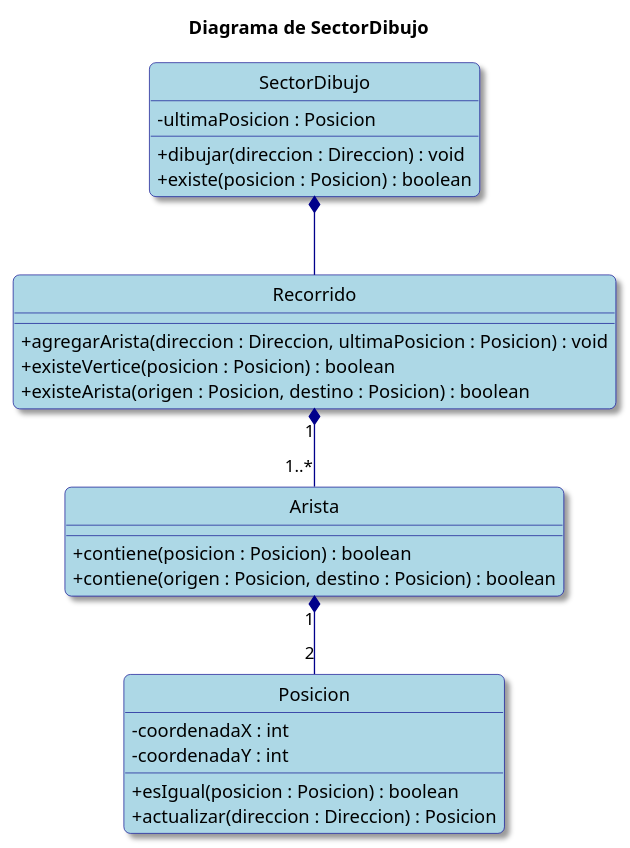
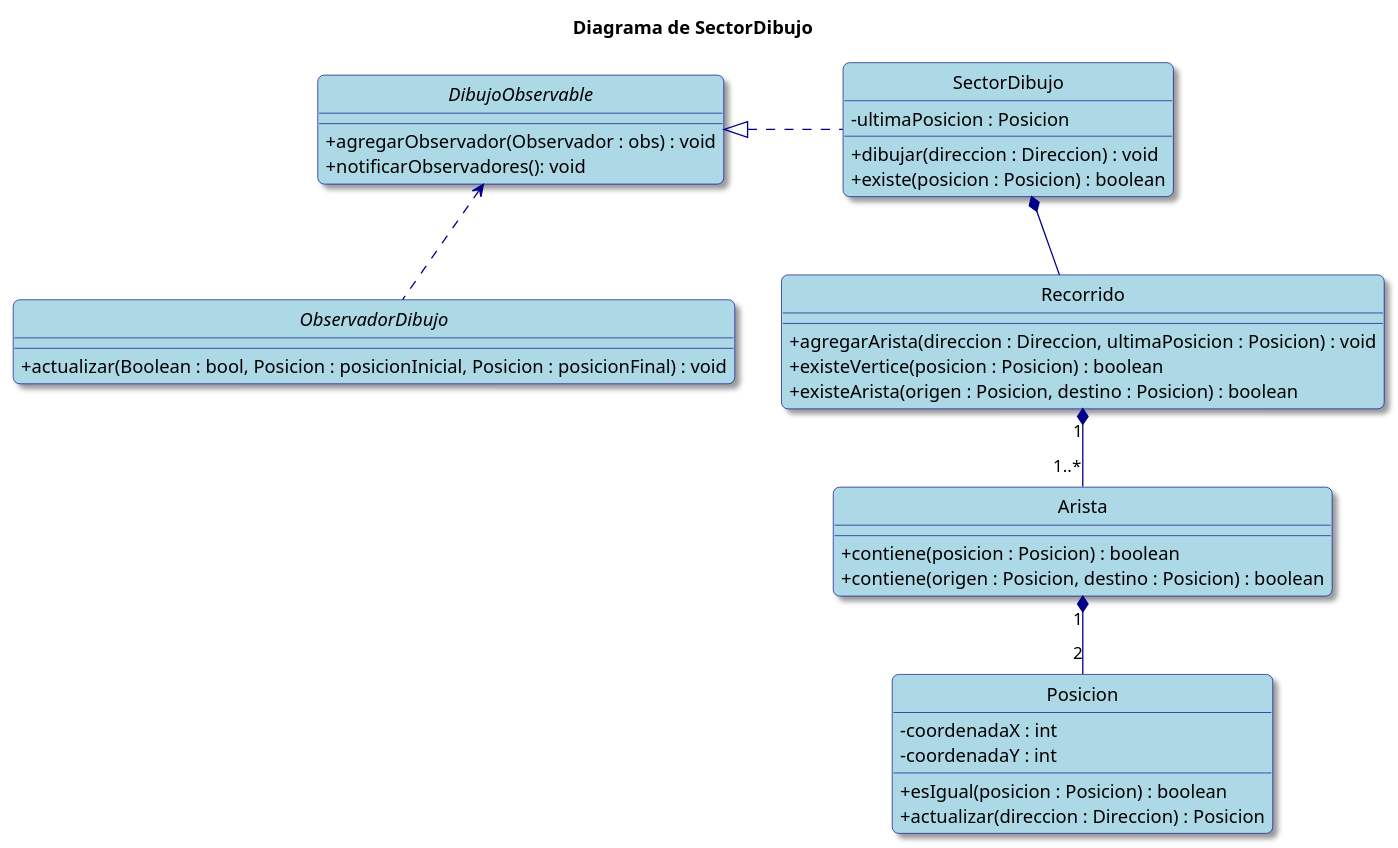
One commit to valva-ro/Algo3-TP2-AlgoBlocks changed the second of 4 diagrams in diagramas-clases.puml. Above: the diagram before and after it, drawn with PlantUML. The commit also changed other lines of this file and 3 other files, not shown here.

Commit message:
actualize el diagrama de clases, desabilite un metodo en FabricaDeBloques que no se usaba, hice un fix sobre los BotonBloqueEspecial

```diff
--- a/diagramas-clases.puml
+++ b/diagramas-clases.puml
@@ -74,48 +72,60 @@
 @startuml
 hide circle
 skinparam classAttributeIconSize 0
 skinparam backgroundColor White
 skinparam RoundCorner 10
 skinparam Shadowing true
 
 skinparam class {
     ArrowColor DarkBlue
     BackgroundColor LightBlue
     BorderColor DarkBlue
 }
 
 skinparam note {
     BackgroundColor LightYellow
     BorderColor DarkBlue
 }
 
 title Diagrama de SectorDibujo
+
+interface DibujoObservable{
+    +agregarObservador(Observador : obs) : void
+    +notificarObservadores(): void
+}
+
+interface ObservadorDibujo{
+    +actualizar(Boolean : bool, Posicion : posicionInicial, Posicion : posicionFinal) : void
+}
 
 class SectorDibujo {
     - ultimaPosicion : Posicion
     + dibujar(direccion : Direccion) : void
     + existe(posicion : Posicion) : boolean
 }
 
 class Recorrido {
     + agregarArista(direccion : Direccion, ultimaPosicion : Posicion) : void
     + existeVertice(posicion : Posicion) : boolean
     + existeArista(origen : Posicion, destino : Posicion) : boolean
 }
 
 class Arista {
     + contiene(posicion : Posicion) : boolean
     + contiene(origen : Posicion, destino : Posicion) : boolean
 }
 
 class Posicion {
     - coordenadaX : int
     - coordenadaY : int
     + esIgual(posicion : Posicion) : boolean
     + actualizar(direccion : Direccion) : Posicion
 }
 
+DibujoObservable <|..right SectorDibujo
+DibujoObservable <.. ObservadorDibujo
 SectorDibujo *-- Recorrido
 Recorrido "1" *-- "1..*" Arista
 Arista "1" *-- "2" Posicion
+
 @enduml
```
